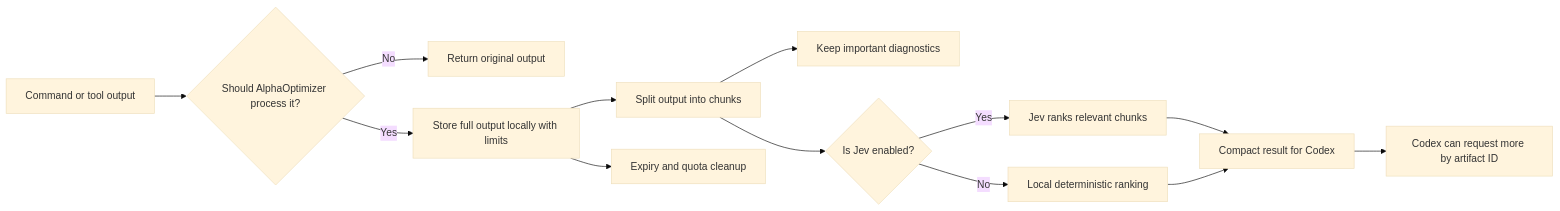
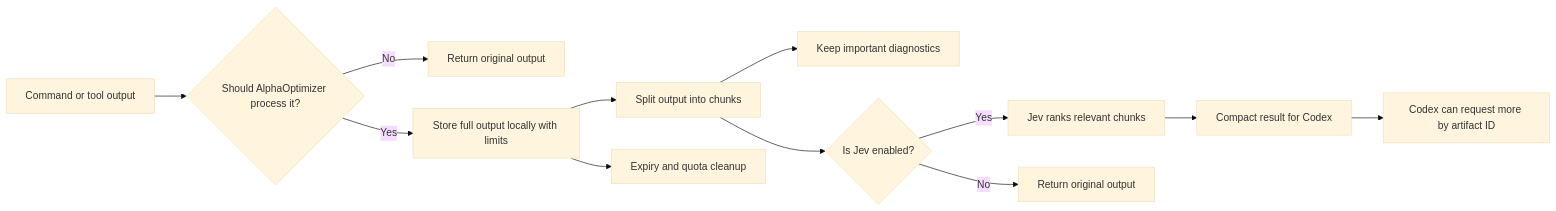
One commit to alpha-tales/alphaoptimizer changed the diagram in README.md. Above: the diagram before and after it, drawn with Mermaid (base theme). The commit also changed other lines of this file and 15 other files, not shown here.

````diff
--- a/README.md
+++ b/README.md
@@ -14,15 +14,14 @@
 ```mermaid
 flowchart LR
   A[Command or tool output] --> B{Should AlphaOptimizer process it?}
   B -- No --> C[Return original output]
   B -- Yes --> D[Store full output locally with limits]
   D --> E[Split output into chunks]
   E --> F[Keep important diagnostics]
   E --> G{Is Jev enabled?}
   G -- Yes --> H[Jev ranks relevant chunks]
-  G -- No --> I[Local deterministic ranking]
+  G -- No --> I[Return original output]
   H --> J[Compact result for Codex]
-  I --> J
   J --> K[Codex can request more by artifact ID]
   D --> L[Expiry and quota cleanup]
 ```
````
